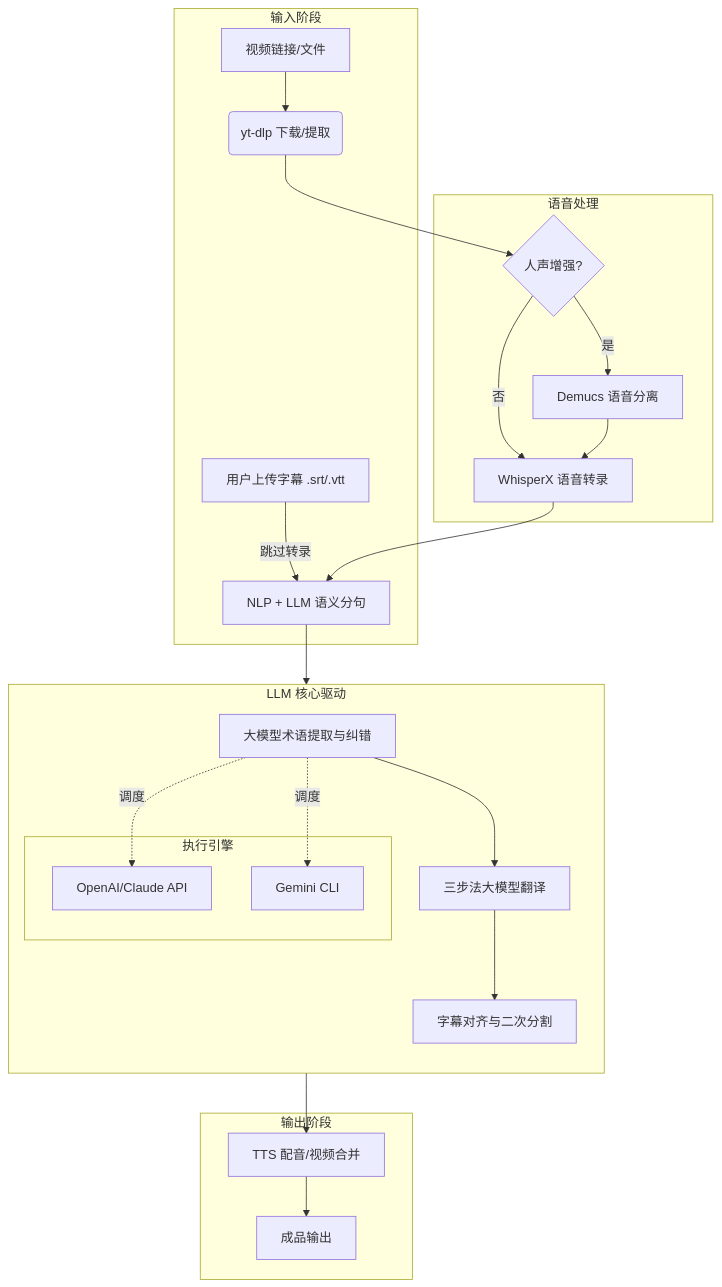
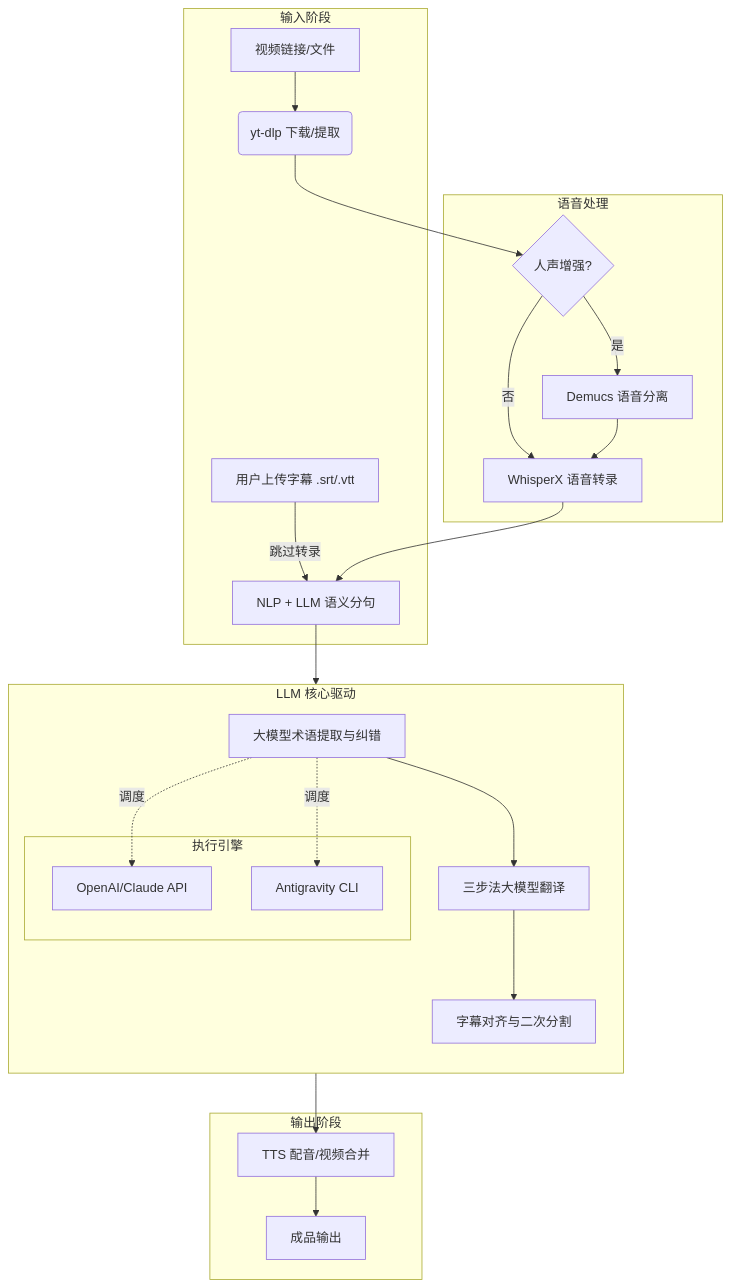
The diagram in README.md (qxk2005/videolingo-q), drawn with Mermaid before and after one commit. The commit also changed other lines of this file and 10 other files, not shown here.

Commit message:
替换 gemini-cli 到 antigravity cli，同时优化配音不会因为一句一句的断开的感觉，优化上一句和下一句的衔接更自然

````diff
--- a/README.md
+++ b/README.md
@@ -103,34 +103,34 @@
 ```mermaid
 graph TD
     subgraph 输入阶段
         A1[视频链接/文件] --> B(yt-dlp 下载/提取)
         A2[用户上传字幕 .srt/.vtt] -- 跳过转录 --> F
     end
 
     subgraph 语音处理
         B --> C{人声增强?}
         C -- 是 --> D[Demucs 语音分离]
         C -- 否 --> E[WhisperX 语音转录]
         D --> E
         E --> F[NLP + LLM 语义分句]
     end
 
     subgraph LLM 核心驱动
         direction TB
         F --> G[大模型术语提取与纠错]
         G --> H[三步法大模型翻译]
         H --> I[字幕对齐与二次分割]
         
         subgraph 执行引擎
             L1[OpenAI/Claude API]
-            L2[Gemini CLI]
+            L2[Antigravity CLI]
         end
         G -. 调度 .-> L1
         G -. 调度 .-> L2
     end
 
     subgraph 输出阶段
         I --> J[TTS 配音/视频合并]
         J --> K[成品输出]
     end
 ```
````
